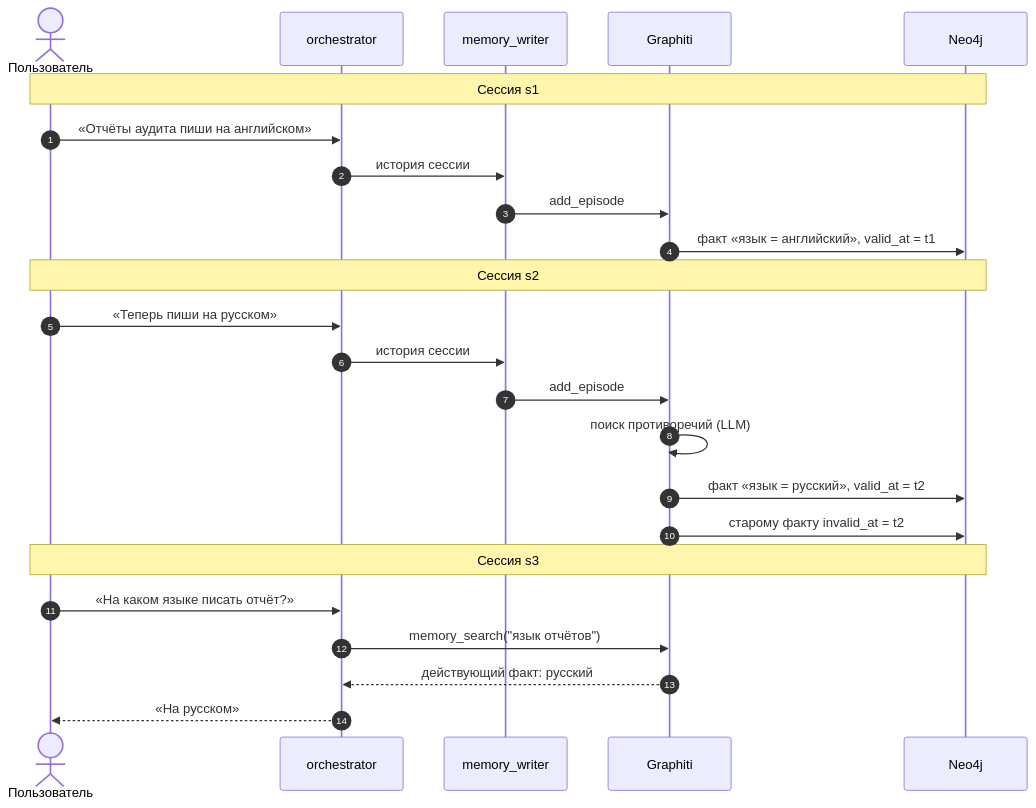
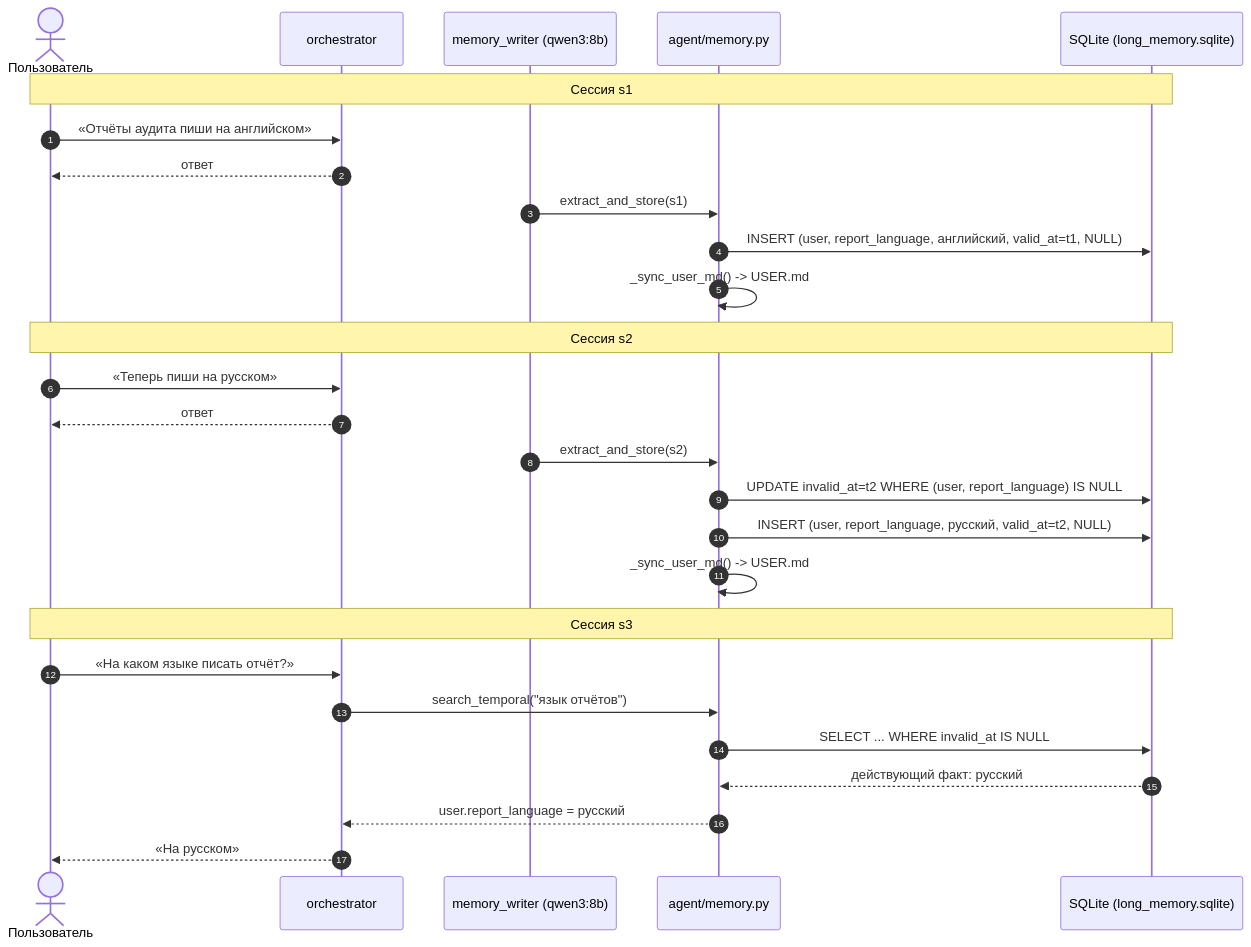
Before and after one commit to Zancrow20/LLMs: the fifth of 6 diagrams in task3-agent/diagrams/diagrams.md, drawn with Mermaid. The commit also changed other lines of this file and 24 other files, not shown here.

Commit message:
fix: md files and c4 diagrams

````diff
--- a/task3-agent/diagrams/diagrams.md
+++ b/task3-agent/diagrams/diagrams.md
@@ -141,29 +141,32 @@
 ```mermaid
 sequenceDiagram
   autonumber
   actor U as Пользователь
   participant O as orchestrator
-  participant W as memory_writer
-  participant G as Graphiti
-  participant N as Neo4j
+  participant W as memory_writer (qwen3:8b)
+  participant M as agent/memory.py
+  participant DB as SQLite (long_memory.sqlite)
 
-  Note over U,N: Сессия s1
+  Note over U,DB: Сессия s1
   U->>O: «Отчёты аудита пиши на английском»
-  O->>W: история сессии
-  W->>G: add_episode
-  G->>N: факт «язык = английский», valid_at = t1
+  O-->>U: ответ
+  W->>M: extract_and_store(s1)
+  M->>DB: INSERT (user, report_language, английский, valid_at=t1, NULL)
+  M->>M: _sync_user_md() -> USER.md
 
-  Note over U,N: Сессия s2
+  Note over U,DB: Сессия s2
   U->>O: «Теперь пиши на русском»
-  O->>W: история сессии
-  W->>G: add_episode
-  G->>G: поиск противоречий (LLM)
-  G->>N: факт «язык = русский», valid_at = t2
-  G->>N: старому факту invalid_at = t2
+  O-->>U: ответ
+  W->>M: extract_and_store(s2)
+  M->>DB: UPDATE invalid_at=t2 WHERE (user, report_language) IS NULL
+  M->>DB: INSERT (user, report_language, русский, valid_at=t2, NULL)
+  M->>M: _sync_user_md() -> USER.md
 
-  Note over U,N: Сессия s3
+  Note over U,DB: Сессия s3
   U->>O: «На каком языке писать отчёт?»
-  O->>G: memory_search("язык отчётов")
-  G-->>O: действующий факт: русский
+  O->>M: search_temporal("язык отчётов")
+  M->>DB: SELECT ... WHERE invalid_at IS NULL
+  DB-->>M: действующий факт: русский
+  M-->>O: user.report_language = русский
   O-->>U: «На русском»
 ```
````
